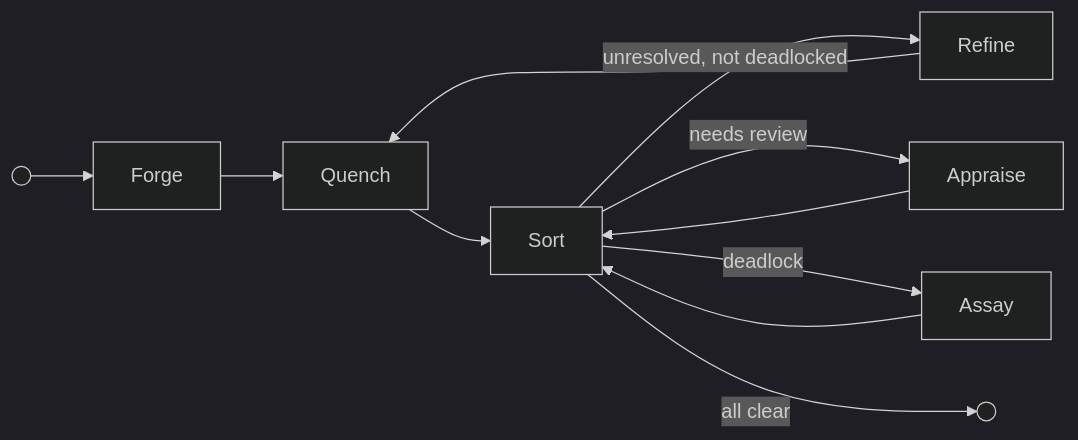
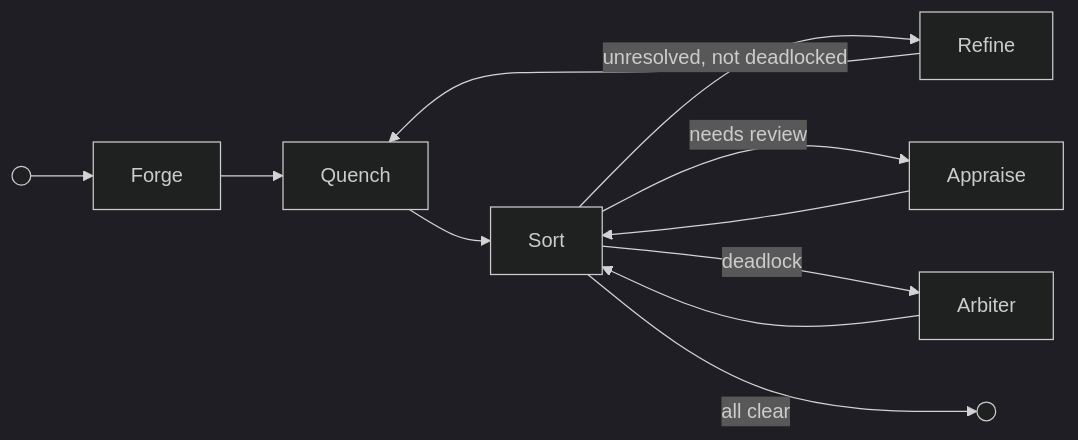
The first of 2 diagrams in specs/01-concepts/02-foundry-cycle.md (really-knows-ai/gideas), drawn with Mermaid (dark theme) before and after one commit. The commit also changed other lines of this file and 34 other files, not shown here.

First line of the commit message:
refactor: decompose Assay into Judiciary subsystem (Arbiter, Tribunal, Advocate, Jury, Clerk)

````diff
--- a/specs/01-concepts/02-foundry-cycle.md
+++ b/specs/01-concepts/02-foundry-cycle.md
@@ -52,15 +76,15 @@
 ```mermaid
 flowchart LR
     Start(( )) --> Forge
     Forge --> Quench
     Quench --> Sort
 
     Sort -->|unresolved, not deadlocked| Refine
     Sort -->|needs review| Appraise
-    Sort -->|deadlock| Assay
+    Sort -->|deadlock| Arbiter
     Sort -->|all clear| Completed(( ))
 
     Appraise --> Sort
     Refine --> Quench
-    Assay --> Sort
+    Arbiter --> Sort
 ```
````
